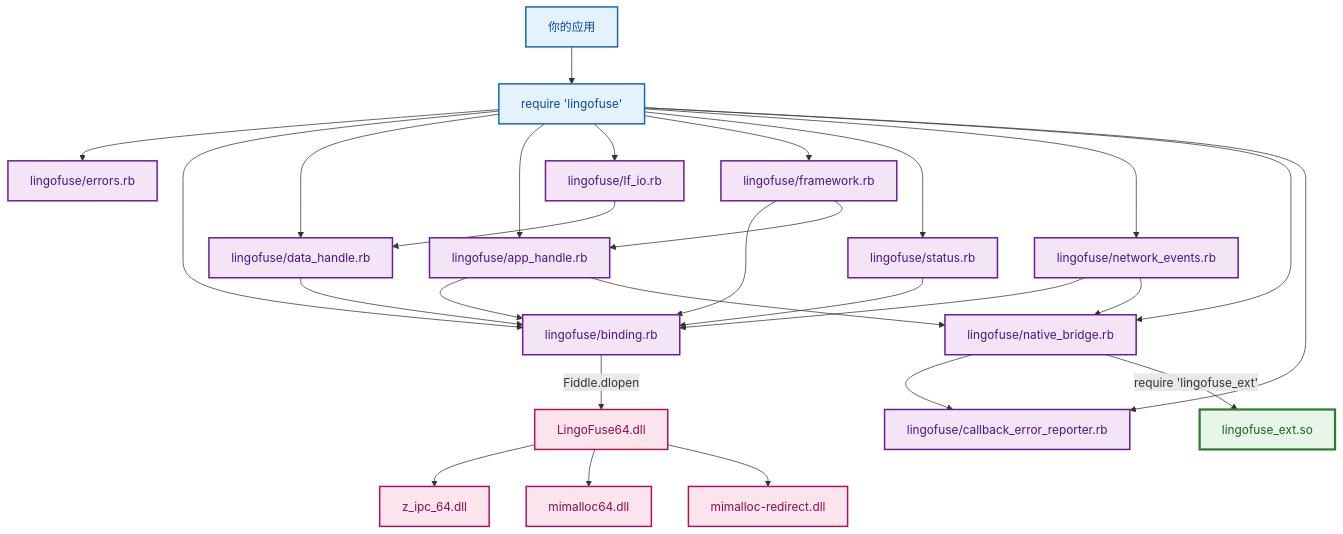
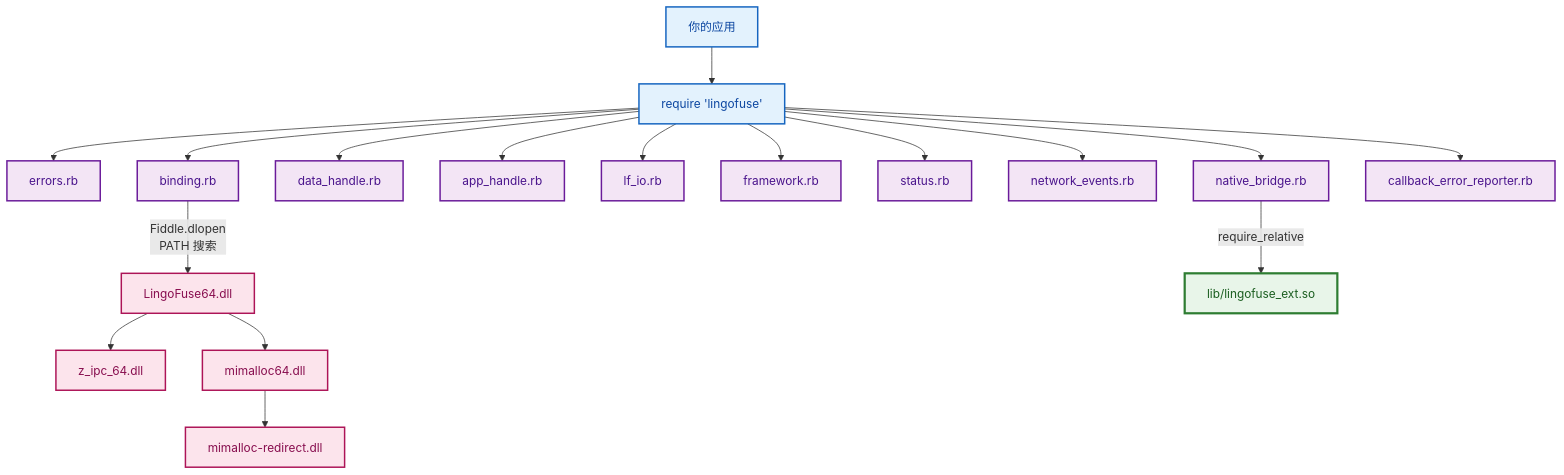
One commit to PassByYou888/LingoFuse changed the seventh of 21 diagrams in ruby/README.md. Above: the diagram before and after it, drawn with Mermaid. The commit also changed other lines of this file and 8 other files, not shown here.

````diff
--- a/ruby/README.md
+++ b/ruby/README.md
@@ -203,43 +190,32 @@
 ```mermaid
 flowchart TD
     App["你的应用"] --> Load["require 'lingofuse'"]
 
-    Load --> Errors["lingofuse/errors.rb"]
-    Load --> Binding["lingofuse/binding.rb"]
-    Load --> DataHandle["lingofuse/data_handle.rb"]
-    Load --> AppHandle["lingofuse/app_handle.rb"]
-    Load --> LfIo["lingofuse/lf_io.rb"]
-    Load --> Framework["lingofuse/framework.rb"]
-    Load --> Status["lingofuse/status.rb"]
-    Load --> NetEvt["lingofuse/network_events.rb"]
-    Load --> NatBridge["lingofuse/native_bridge.rb"]
-    Load --> CBErr["lingofuse/callback_error_reporter.rb"]
+    Load --> Errors["errors.rb"]
+    Load --> Binding["binding.rb"]
+    Load --> DataHandle["data_handle.rb"]
+    Load --> AppHandle["app_handle.rb"]
+    Load --> LfIo["lf_io.rb"]
+    Load --> Framework["framework.rb"]
+    Load --> Status["status.rb"]
+    Load --> NetEvt["network_events.rb"]
+    Load --> NatBridge["native_bridge.rb"]
+    Load --> CBErr["callback_error_reporter.rb"]
 
-    DataHandle --> Binding
-    AppHandle --> Binding
-    AppHandle --> NatBridge
-    LfIo --> DataHandle
-    Framework --> Binding
-    Framework --> AppHandle
-    Status --> Binding
-    NetEvt --> Binding
-    NetEvt --> NatBridge
-    NatBridge --> CBErr
-
-    Binding -->|"Fiddle.dlopen"| DLL["LingoFuse64.dll"]
-    NatBridge -->|"require 'lingofuse_ext'"| Ext["lingofuse_ext.so"]
+    Binding -->|"Fiddle.dlopen<br/>PATH 搜索"| DLL["LingoFuse64.dll"]
+    NatBridge -->|"require_relative"| Ext["lib/lingofuse_ext.so"]
 
     DLL --> ZIPC["z_ipc_64.dll"]
     DLL --> MI["mimalloc64.dll"]
-    DLL --> MIRed["mimalloc-redirect.dll"]
+    MI --> MIRed["mimalloc-redirect.dll"]
 
     classDef app fill:#E3F2FD,stroke:#1565C0,stroke-width:2px,color:#0D47A1
     classDef rb fill:#F3E5F5,stroke:#6A1B9A,stroke-width:2px,color:#4A148C
     classDef ext fill:#E8F5E9,stroke:#2E7D32,stroke-width:3px,color:#1B5E20
     classDef native fill:#FCE4EC,stroke:#AD1457,stroke-width:2px,color:#880E4F
 
     class App,Load app
     class Errors,Binding,DataHandle,AppHandle,LfIo,Framework,Status,NetEvt,NatBridge,CBErr rb
     class Ext ext
     class DLL,ZIPC,MI,MIRed native
 ```
````
